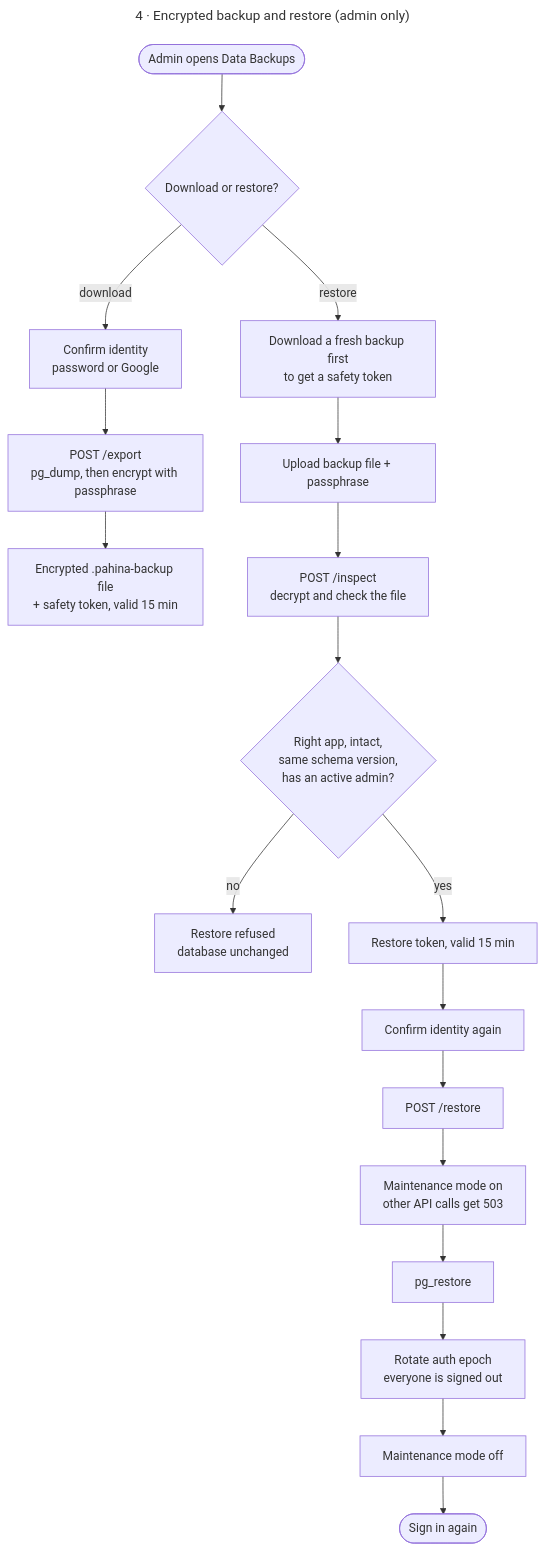
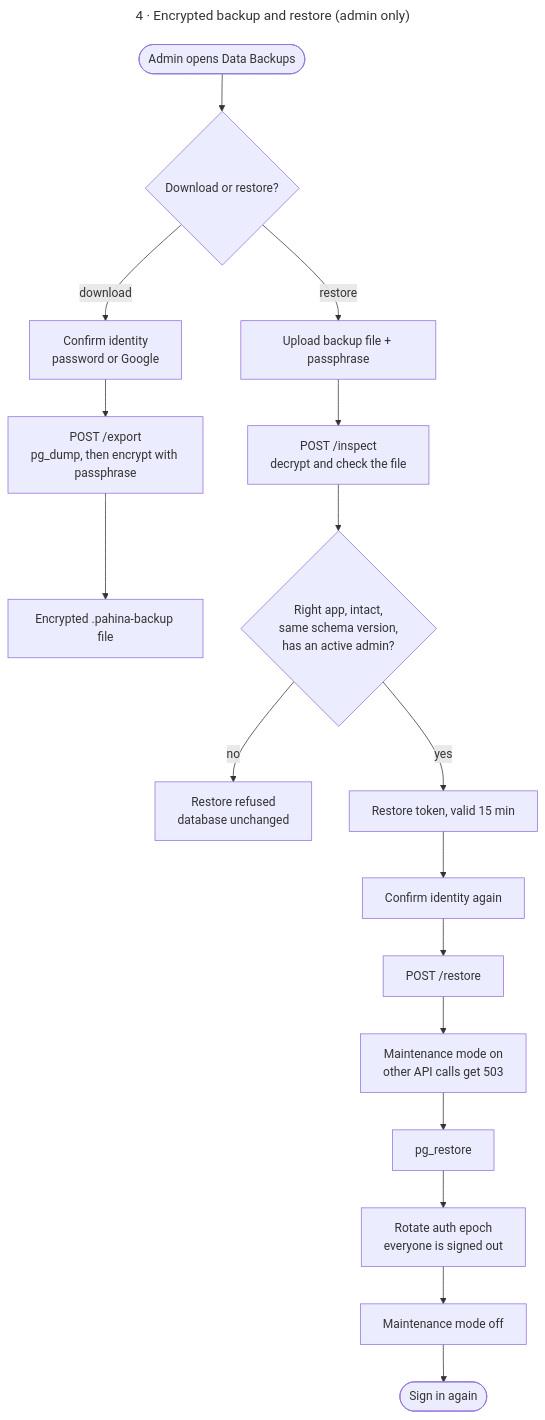
Before and after one commit to zora-ao/library_management_system_v1: the diagram in documentation/flowcharts/src/04-backup-and-restore.mmd, drawn with Mermaid. The commit also changed 16 other files, not shown here.

Commit message:
refactor: drop the backup safety token from the export and restore flow

```diff
--- a/documentation/flowcharts/src/04-backup-and-restore.mmd
+++ b/documentation/flowcharts/src/04-backup-and-restore.mmd
@@ -1,21 +1,20 @@
 ---
 title: 4 · Encrypted backup and restore (admin only)
 ---
 flowchart TD
   A(["Admin opens Data Backups"]) --> CH{"Download or restore?"}
   CH -->|"download"| SU1["Confirm identity<br/>password or Google"]
   SU1 --> EX["POST /export<br/>pg_dump, then encrypt with passphrase"]
-  EX --> F["Encrypted .pahina-backup file<br/>+ safety token, valid 15 min"]
-  CH -->|"restore"| SAFE["Download a fresh backup first<br/>to get a safety token"]
-  SAFE --> UP["Upload backup file + passphrase"]
+  EX --> F["Encrypted .pahina-backup file"]
+  CH -->|"restore"| UP["Upload backup file + passphrase"]
   UP --> IN["POST /inspect<br/>decrypt and check the file"]
   IN --> OK{"Right app, intact,<br/>same schema version,<br/>has an active admin?"}
   OK -->|"no"| ERR["Restore refused<br/>database unchanged"]
   OK -->|"yes"| RT["Restore token, valid 15 min"]
   RT --> SU2["Confirm identity again"]
   SU2 --> RS["POST /restore"]
   RS --> MM["Maintenance mode on<br/>other API calls get 503"]
   MM --> PR["pg_restore"]
   PR --> EP["Rotate auth epoch<br/>everyone is signed out"]
   EP --> OFF["Maintenance mode off"]
   OFF --> LG(["Sign in again"])
```
